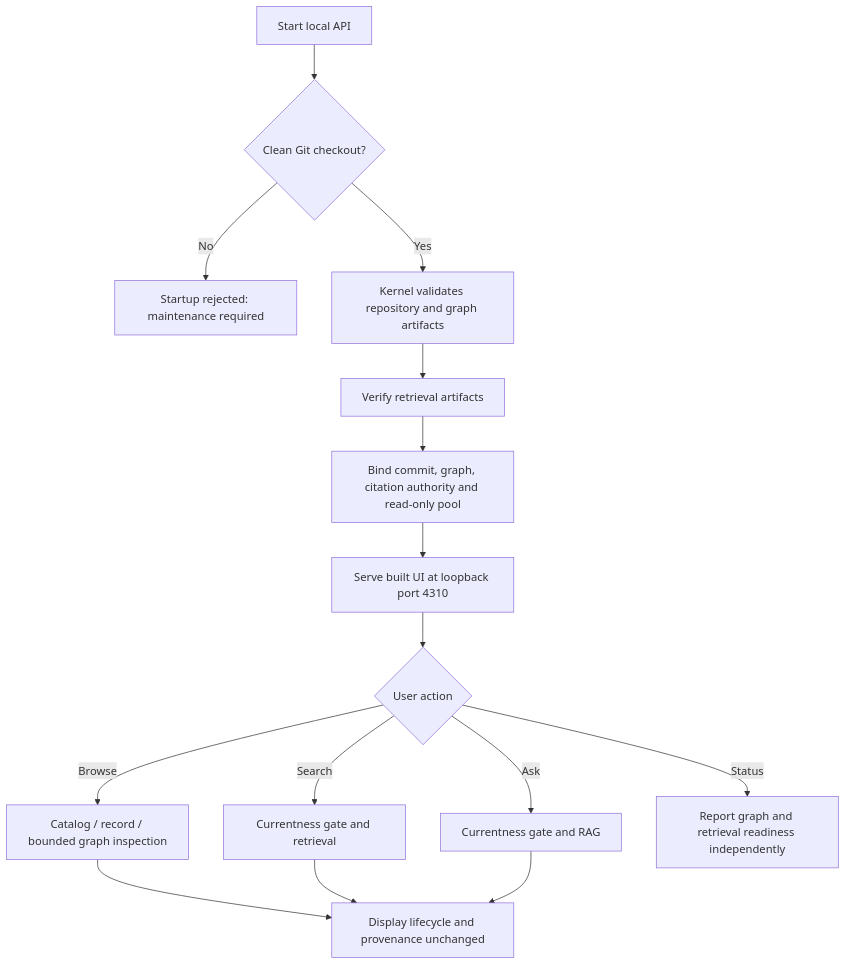
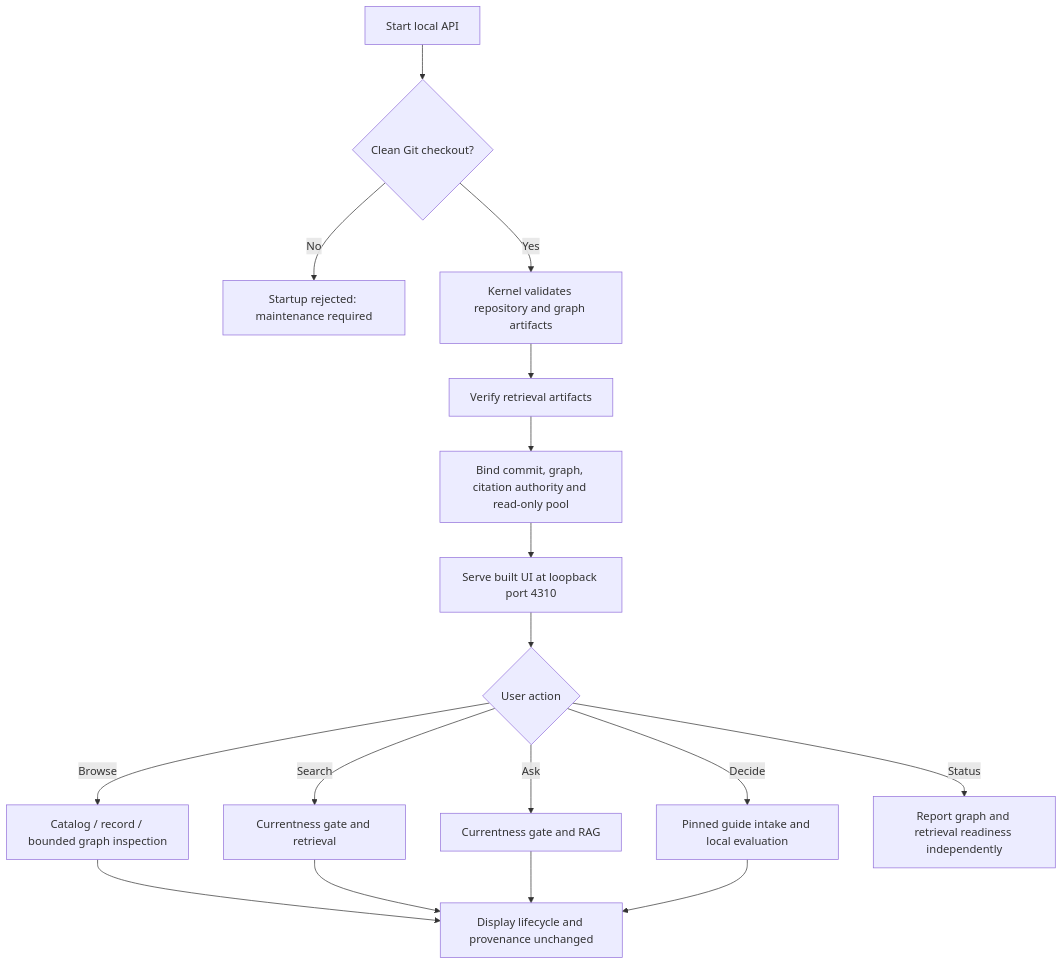
The second of 4 diagrams in apps/atlas/docs/architecture.md (anshacerbia2/architecture-knowledge), drawn with Mermaid before and after one commit. The commit also changed other lines of this file and 46 other files, not shown here.

````diff
--- a/apps/atlas/docs/architecture.md
+++ b/apps/atlas/docs/architecture.md
@@ -88,17 +90,19 @@
 ```mermaid
 flowchart TD
   START[Start local API] --> CLEAN{Clean Git checkout?}
   CLEAN -->|No| STOP[Startup rejected: maintenance required]
   CLEAN -->|Yes| VALIDATE[Kernel validates repository and graph artifacts]
   VALIDATE --> UNITS[Verify retrieval artifacts]
   UNITS --> SNAP[Bind commit, graph, citation authority and read-only pool]
   SNAP --> SERVE[Serve built UI at loopback port 4310]
   SERVE --> ROUTE{User action}
   ROUTE -->|Browse| CAT[Catalog / record / bounded graph inspection]
   ROUTE -->|Search| SEARCH[Currentness gate and retrieval]
   ROUTE -->|Ask| ASK[Currentness gate and RAG]
+  ROUTE -->|Decide| DECIDE[Pinned guide intake and local evaluation]
   ROUTE -->|Status| STATUS[Report graph and retrieval readiness independently]
   CAT --> DISPLAY[Display lifecycle and provenance unchanged]
   SEARCH --> DISPLAY
   ASK --> DISPLAY
+  DECIDE --> DISPLAY
 ```
````
